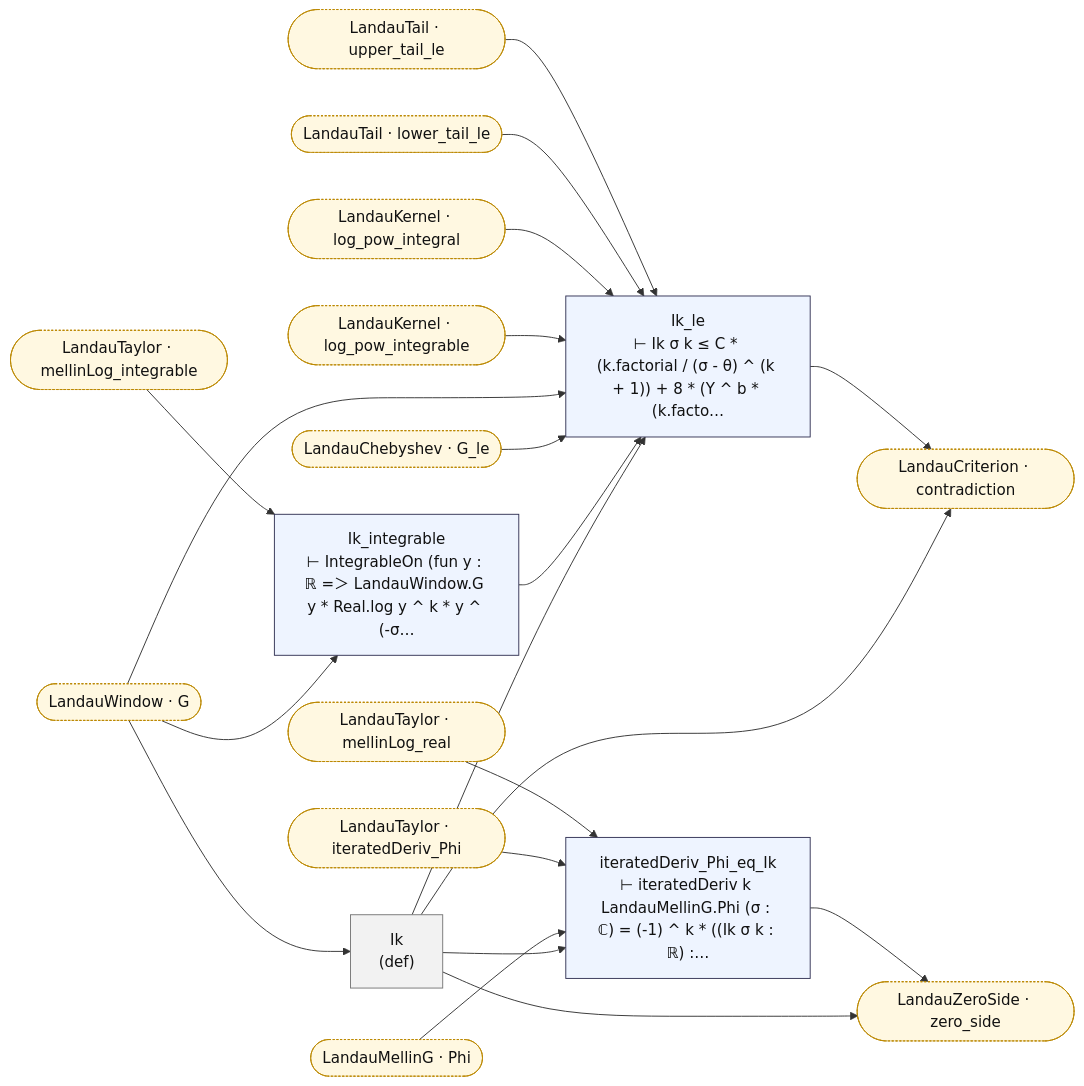
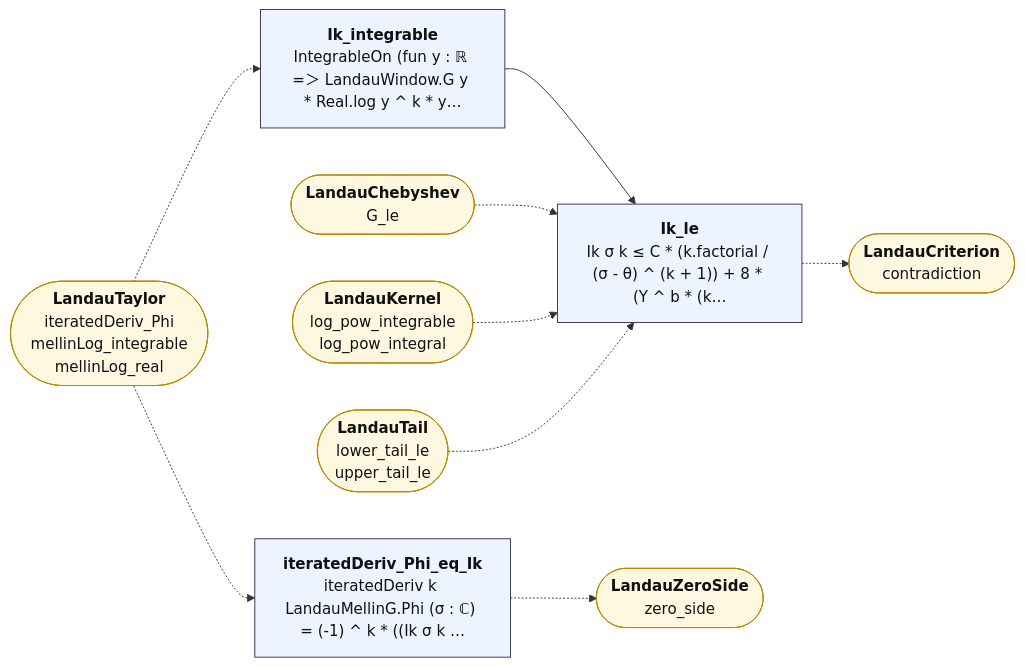
One commit to juliansambranojr/Primebeat_081426 changed the diagram in map/lean_stage3/LandauPrimeSide.md. Above: the diagram before and after it, drawn with Mermaid. The commit also changed other lines of this file and 387 other files, not shown here.

````diff
--- a/map/lean_stage3/LandauPrimeSide.md
+++ b/map/lean_stage3/LandauPrimeSide.md
@@ -8,44 +12,25 @@
 ```mermaid
 flowchart LR
-  n0["Ik<br/>(def)"]:::dfn
-  n1["Ik_integrable<br/>⊢ IntegrableOn (fun y : ℝ =＞ LandauWindow.G y * Real.log y ^ k * y ^ (-σ…"]:::thm
-  n2["iteratedDeriv_Phi_eq_Ik<br/>⊢ iteratedDeriv k LandauMellinG.Phi (σ : ℂ) = (-1) ^ k * ((Ik σ k : ℝ) :…"]:::thm
-  n3["Ik_le<br/>⊢ Ik σ k ≤ C * (k.factorial / (σ - θ) ^ (k + 1)) + 8 * (Y ^ b * (k.facto…"]:::thm
-  x0(["LandauChebyshev · G_le"]):::ext
-  x1(["LandauCriterion · contradiction"]):::ext
-  x2(["LandauKernel · log_pow_integrable"]):::ext
-  x3(["LandauKernel · log_pow_integral"]):::ext
-  x4(["LandauMellinG · Phi"]):::ext
-  x5(["LandauTail · lower_tail_le"]):::ext
-  x6(["LandauTail · upper_tail_le"]):::ext
-  x7(["LandauTaylor · iteratedDeriv_Phi"]):::ext
-  x8(["LandauTaylor · mellinLog_integrable"]):::ext
-  x9(["LandauTaylor · mellinLog_real"]):::ext
-  x10(["LandauWindow · G"]):::ext
-  x11(["LandauZeroSide · zero_side"]):::ext
+  n0["<b>Ik_integrable</b><br/>IntegrableOn (fun y : ℝ =＞ LandauWindow.G y * Real.log y ^ k * y…"]:::thm
+  n1["<b>iteratedDeriv_Phi_eq_Ik</b><br/>iteratedDeriv k LandauMellinG.Phi (σ : ℂ) = (-1) ^ k * ((Ik σ k …"]:::thm
+  n2["<b>Ik_le</b><br/>Ik σ k ≤ C * (k.factorial / (σ - θ) ^ (k + 1)) + 8 * (Y ^ b * (k…"]:::thm
+  x0(["<b>LandauTaylor</b><br/>iteratedDeriv_Phi<br/>mellinLog_integrable<br/>mellinLog_real"]):::ext
+  x1(["<b>LandauZeroSide</b><br/>zero_side"]):::ext
+  x2(["<b>LandauChebyshev</b><br/>G_le"]):::ext
+  x3(["<b>LandauKernel</b><br/>log_pow_integrable<br/>log_pow_integral"]):::ext
+  x4(["<b>LandauTail</b><br/>lower_tail_le<br/>upper_tail_le"]):::ext
+  x5(["<b>LandauCriterion</b><br/>contradiction"]):::ext
   n0 --> n2
-  n0 --> n3
-  n0 --> x1
-  n0 --> x11
-  n1 --> n3
-  n2 --> x11
-  n3 --> x1
-  x0 --> n3
-  x10 --> n0
-  x10 --> n1
-  x10 --> n3
-  x2 --> n3
-  x3 --> n3
-  x4 --> n2
-  x5 --> n3
-  x6 --> n3
-  x7 --> n2
-  x8 --> n1
-  x9 --> n2
+  n1 -.-> x1
+  n2 -.-> x5
+  x0 -.-> n0
+  x0 -.-> n1
+  x2 -.-> n2
+  x3 -.-> n2
+  x4 -.-> n2
   classDef thm fill:#eef4ff,stroke:#335,color:#111
-  classDef dfn fill:#f2f2f2,stroke:#777,color:#111
   classDef end_ fill:#e7f7e7,stroke:#2a7,color:#111,stroke-width:2px
   classDef lone fill:#fff,stroke:#999,color:#111,stroke-dasharray:4 3
   classDef bad fill:#ffe5e5,stroke:#c22,color:#111,stroke-width:2px
-  classDef ext fill:#fff8e1,stroke:#b80,color:#111,stroke-dasharray:2 2
+  classDef ext fill:#fff8e1,stroke:#b80,color:#111
 ```
````
